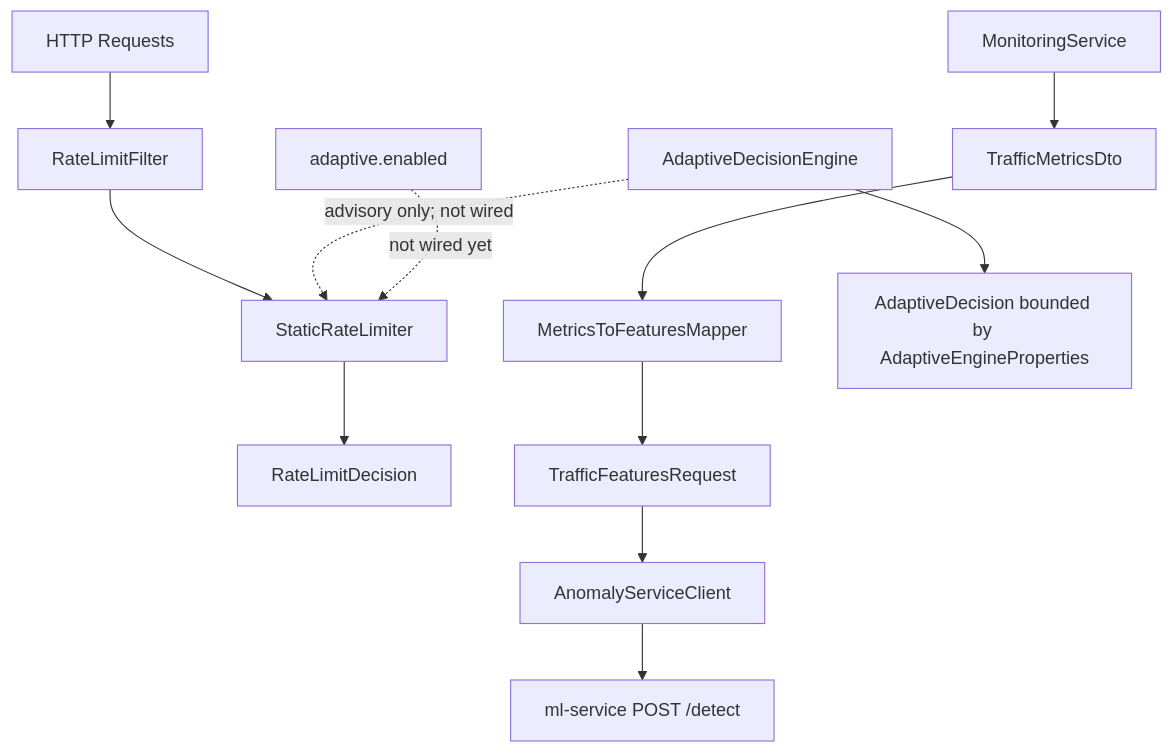
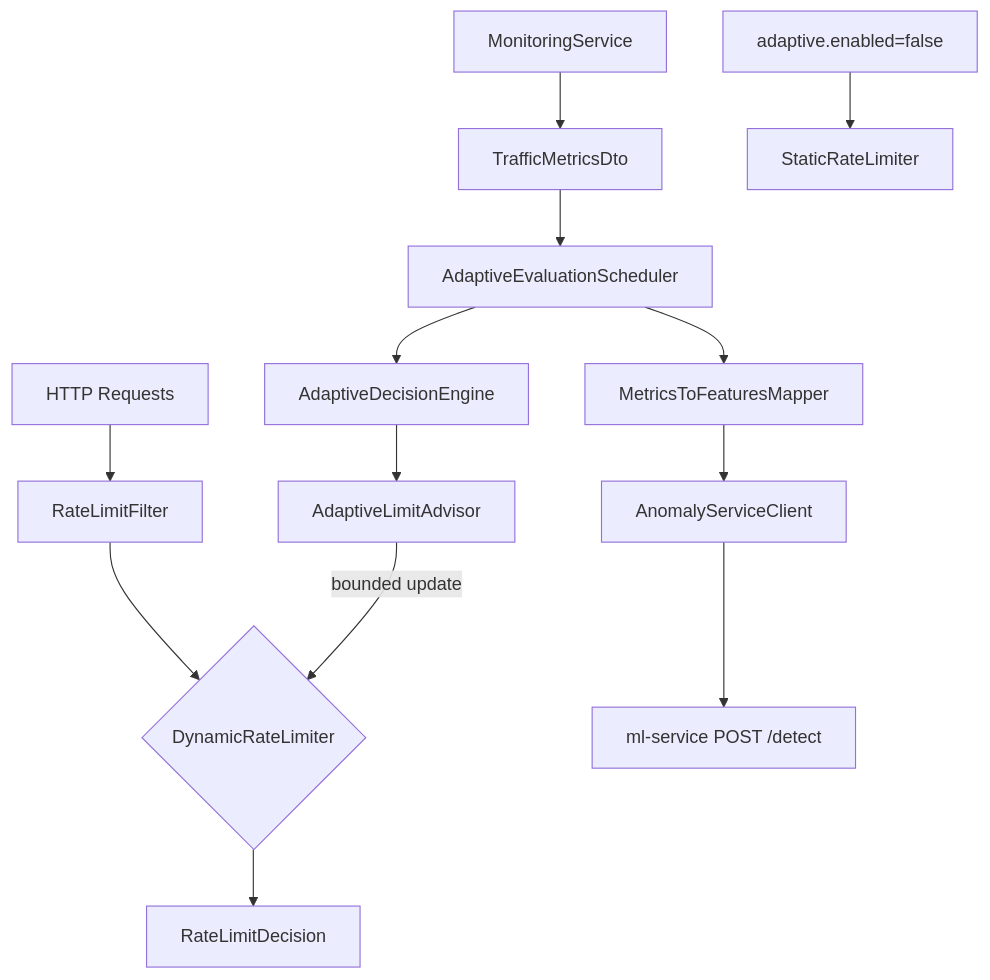
The diagram in README.md (pragya638/adaptive-rate-limiter), drawn with Mermaid before and after one commit. The commit also changed other lines of this file and 13 other files, not shown here.

Commit message:
feat: implement functional adaptive rate limiting

````diff
--- a/README.md
+++ b/README.md
@@ -221,14 +222,15 @@
 ```mermaid
 flowchart TD
   A[HTTP Requests] --> B[RateLimitFilter]
-  B --> C[StaticRateLimiter]
+  B --> C{DynamicRateLimiter}
   C --> D[RateLimitDecision]
   E[MonitoringService] --> F[TrafficMetricsDto]
-  F --> G[MetricsToFeaturesMapper]
-  G --> H[TrafficFeaturesRequest]
+  F --> G[AdaptiveEvaluationScheduler]
+  G --> H[MetricsToFeaturesMapper]
   H --> I[AnomalyServiceClient]
   I --> J[ml-service POST /detect]
-  K[AdaptiveDecisionEngine] --> L[AdaptiveDecision bounded by AdaptiveEngineProperties]
-  K -.->|advisory only; not wired| C
-  M[adaptive.enabled] -.->|not wired yet| C
+  G --> K[AdaptiveDecisionEngine]
+  K --> L[AdaptiveLimitAdvisor]
+  L -->|bounded update| C
+  M[adaptive.enabled=false] --> N[StaticRateLimiter]
 ```
````
